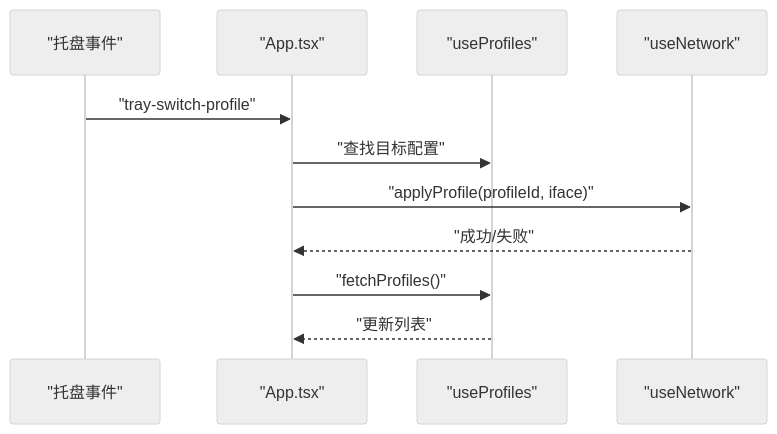
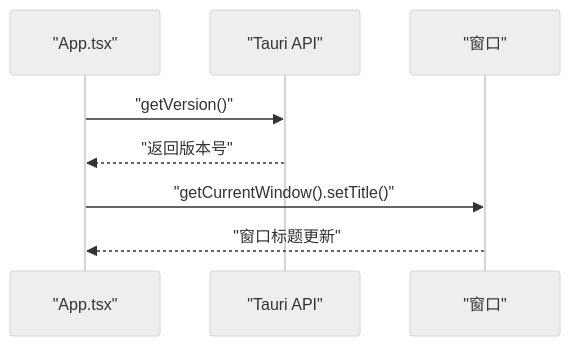
The third of 7 diagrams in .qoder/repowiki/zh/content/前端开发指南/前端开发指南.md (xdongliang/IPSwitcher), drawn with Mermaid (neutral theme) before and after one commit. The commit also changed other lines of this file and 12 other files, not shown here.

````diff
--- a/.qoder/repowiki/zh/content/前端开发指南/前端开发指南.md
+++ b/.qoder/repowiki/zh/content/前端开发指南/前端开发指南.md
@@ -127,13 +129,10 @@
 ```mermaid
 sequenceDiagram
-participant Tray as "托盘事件"
 participant App as "App.tsx"
-participant Profiles as "useProfiles"
-participant Net as "useNetwork"
-Tray->>App : "tray-switch-profile"
-App->>Profiles : "查找目标配置"
-App->>Net : "applyProfile(profileId, iface)"
-Net-->>App : "成功/失败"
-App->>Profiles : "fetchProfiles()"
-Profiles-->>App : "更新列表"
+participant Tauri as "Tauri API"
+participant Window as "窗口"
+App->>Tauri : "getVersion()"
+Tauri-->>App : "返回版本号"
+App->>Window : "getCurrentWindow().setTitle()"
+Window-->>App : "窗口标题更新"
 ```
````
